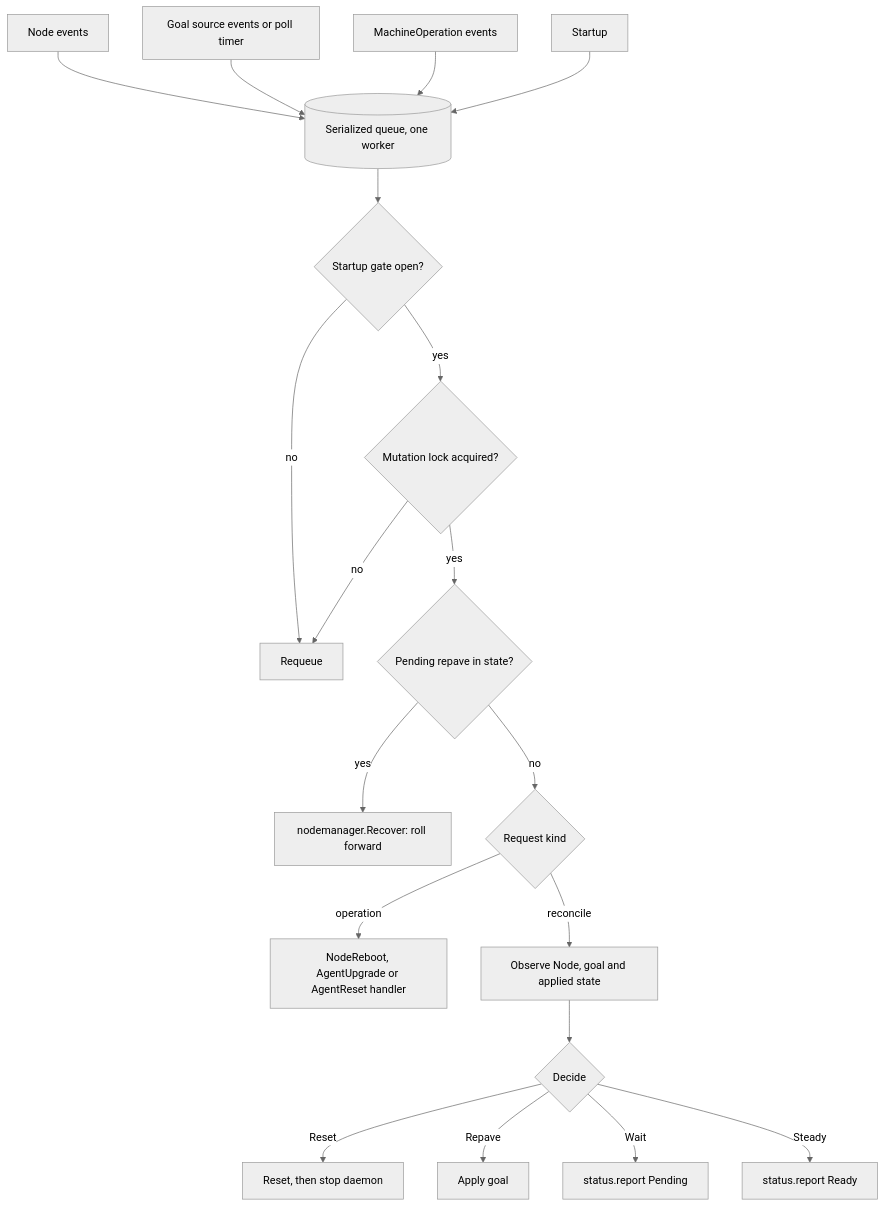
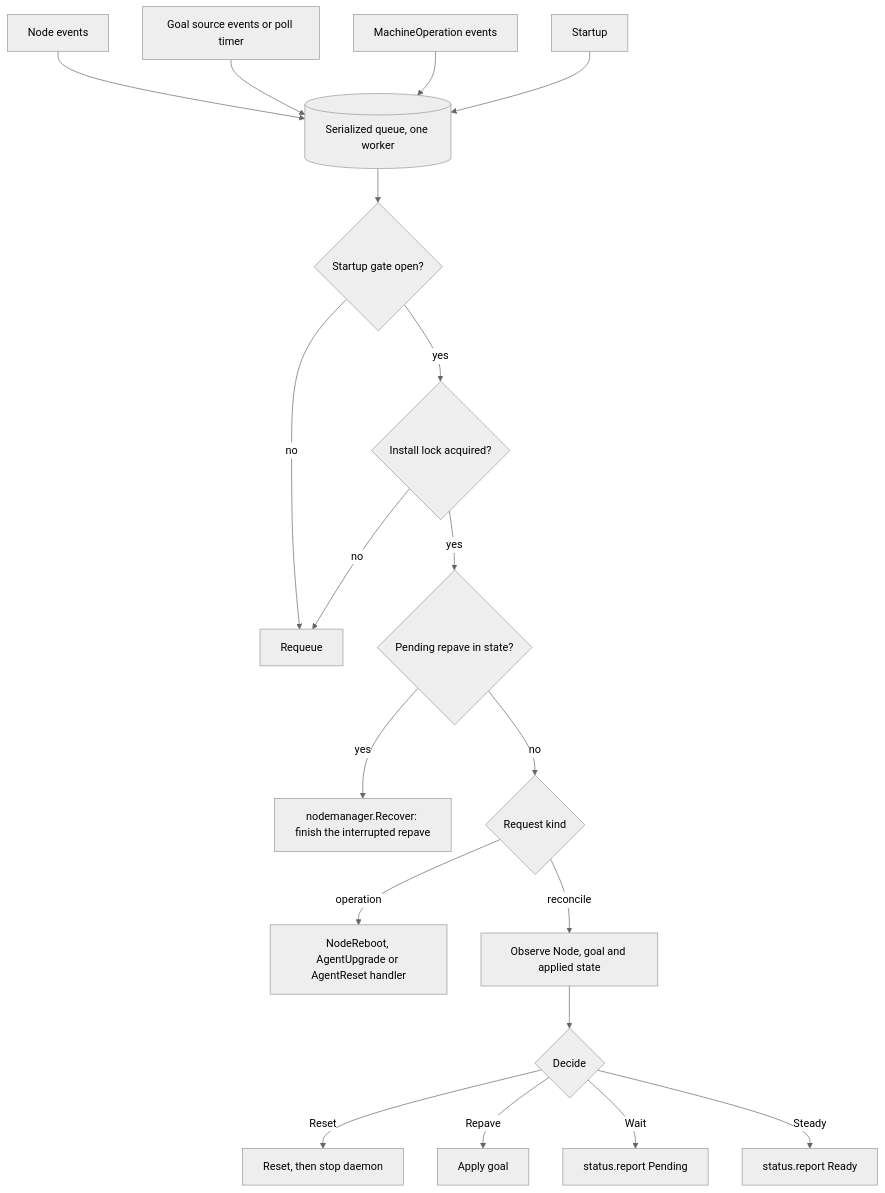
Before and after one commit to Azure/unbounded: the fifth of 13 diagrams in designs/agent-v2.md, drawn with Mermaid (neutral theme). The commit also changed other lines of this file, not shown here.

````diff
--- a/designs/agent-v2.md
+++ b/designs/agent-v2.md
@@ -1042,21 +1059,21 @@
 ```mermaid
 flowchart TD
   T1["Node events"] --> Q
   T2["Goal source events or poll timer"] --> Q
   T3["MachineOperation events"] --> Q
   T4["Startup"] --> Q
   Q[("Serialized queue, one worker")] --> G{"Startup gate open?"}
   G -- no --> RQ["Requeue"]
-  G -- yes --> L{"Mutation lock acquired?"}
+  G -- yes --> L{"Install lock acquired?"}
   L -- no --> RQ
   L -- yes --> P{"Pending repave in state?"}
-  P -- yes --> RF["nodemanager.Recover: roll forward"]
+  P -- yes --> RF["nodemanager.Recover: finish the interrupted repave"]
   P -- no --> K{"Request kind"}
   K -- operation --> OP["NodeReboot, AgentUpgrade or AgentReset handler"]
   K -- reconcile --> O["Observe Node, goal and applied state"]
   O --> D{"Decide"}
   D -- Reset --> RS["Reset, then stop daemon"]
   D -- Repave --> AP["Apply goal"]
   D -- Wait --> W["status.report Pending"]
   D -- Steady --> S["status.report Ready"]
 ```
````
